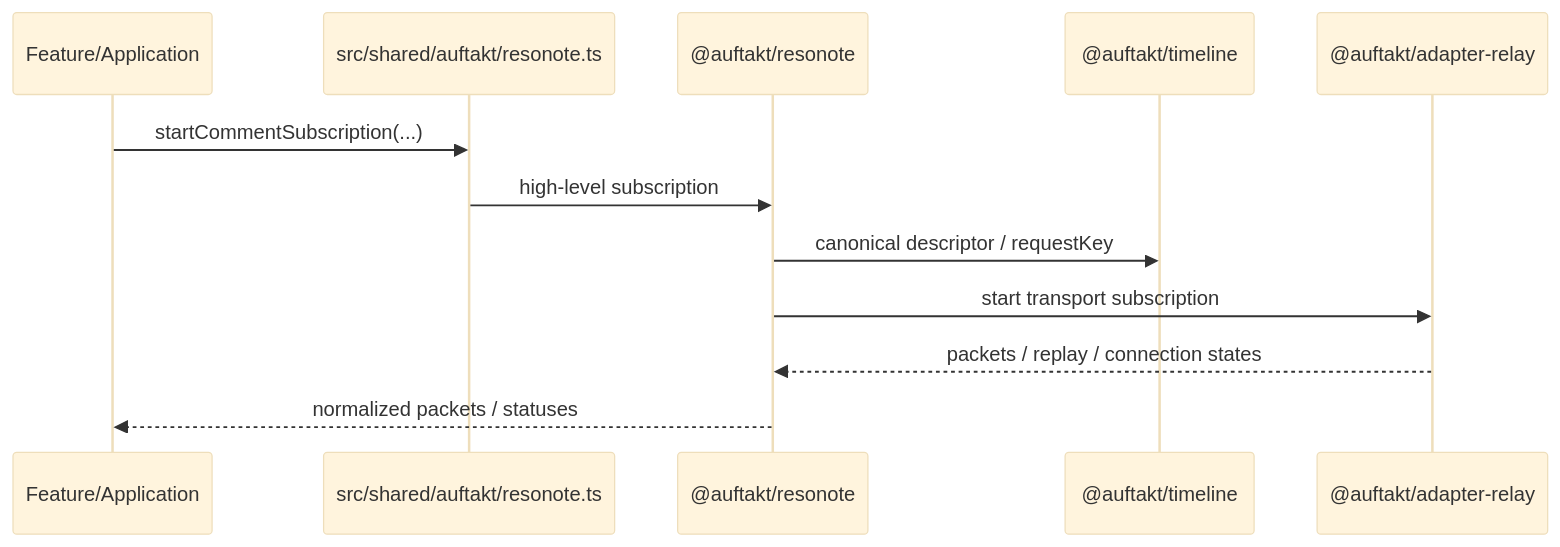
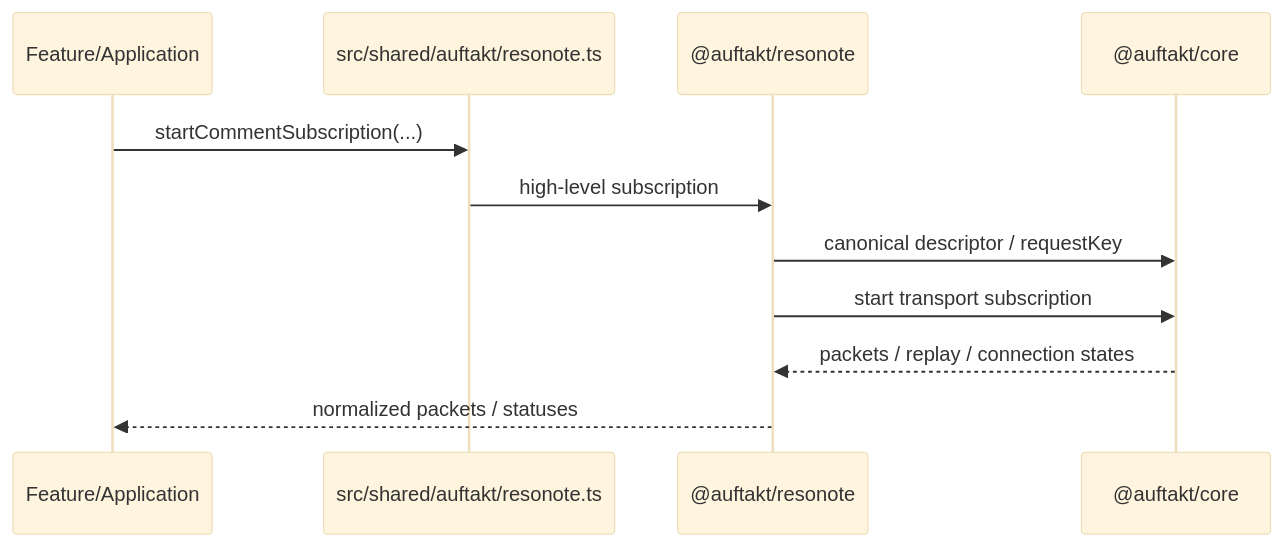
Before and after one commit to ikuradon/Resonote: the third of 5 diagrams in docs/auftakt/spec.md, drawn with Mermaid (base theme). The commit also changed other lines of this file and 1 other file, not shown here.

Commit message:
docs(auftakt): document three-package architecture

````diff
--- a/docs/auftakt/spec.md
+++ b/docs/auftakt/spec.md
@@ -462,15 +429,14 @@
 ```mermaid
 sequenceDiagram
     participant Feature as Feature/Application
     participant Facade as src/shared/auftakt/resonote.ts
     participant Runtime as @auftakt/resonote
-    participant Planner as @auftakt/timeline
-    participant Relay as @auftakt/adapter-relay
+    participant Core as @auftakt/core
 
     Feature->>Facade: startCommentSubscription(...)
     Facade->>Runtime: high-level subscription
-    Runtime->>Planner: canonical descriptor / requestKey
-    Runtime->>Relay: start transport subscription
-    Relay-->>Runtime: packets / replay / connection states
+    Runtime->>Core: canonical descriptor / requestKey
+    Runtime->>Core: start transport subscription
+    Core-->>Runtime: packets / replay / connection states
     Runtime-->>Feature: normalized packets / statuses
 ```
````
